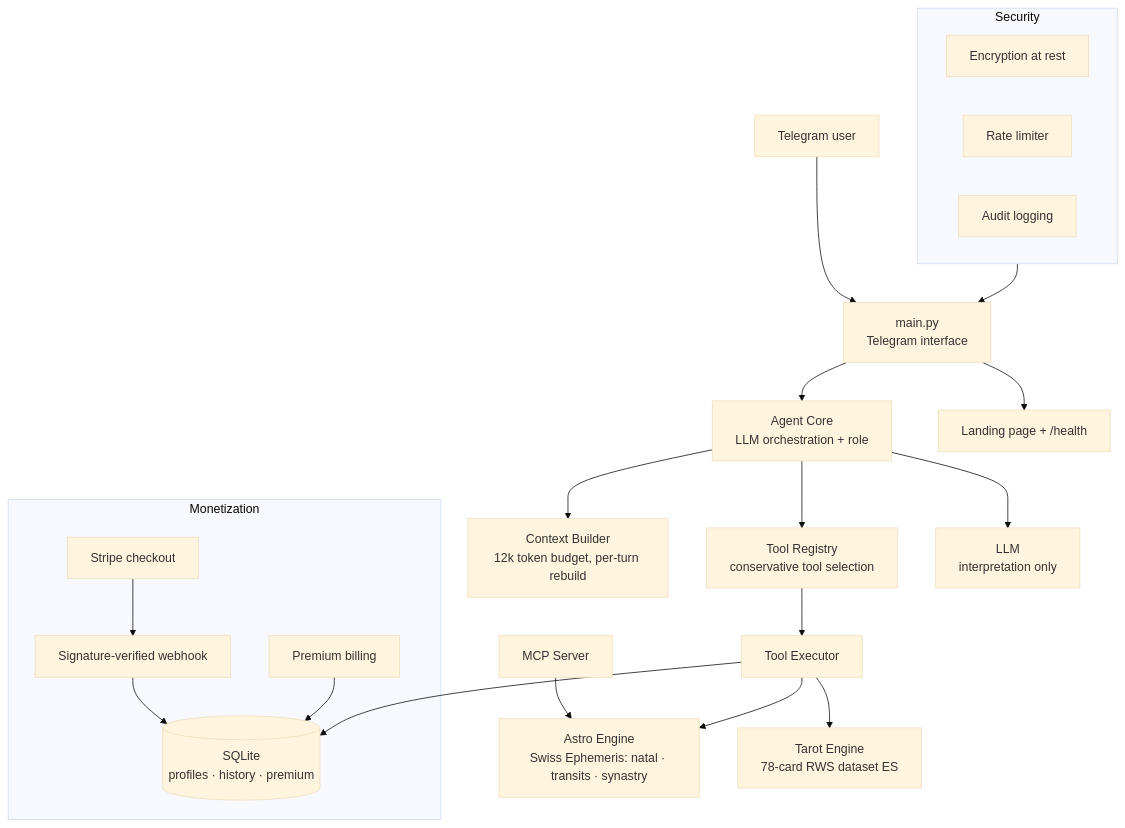
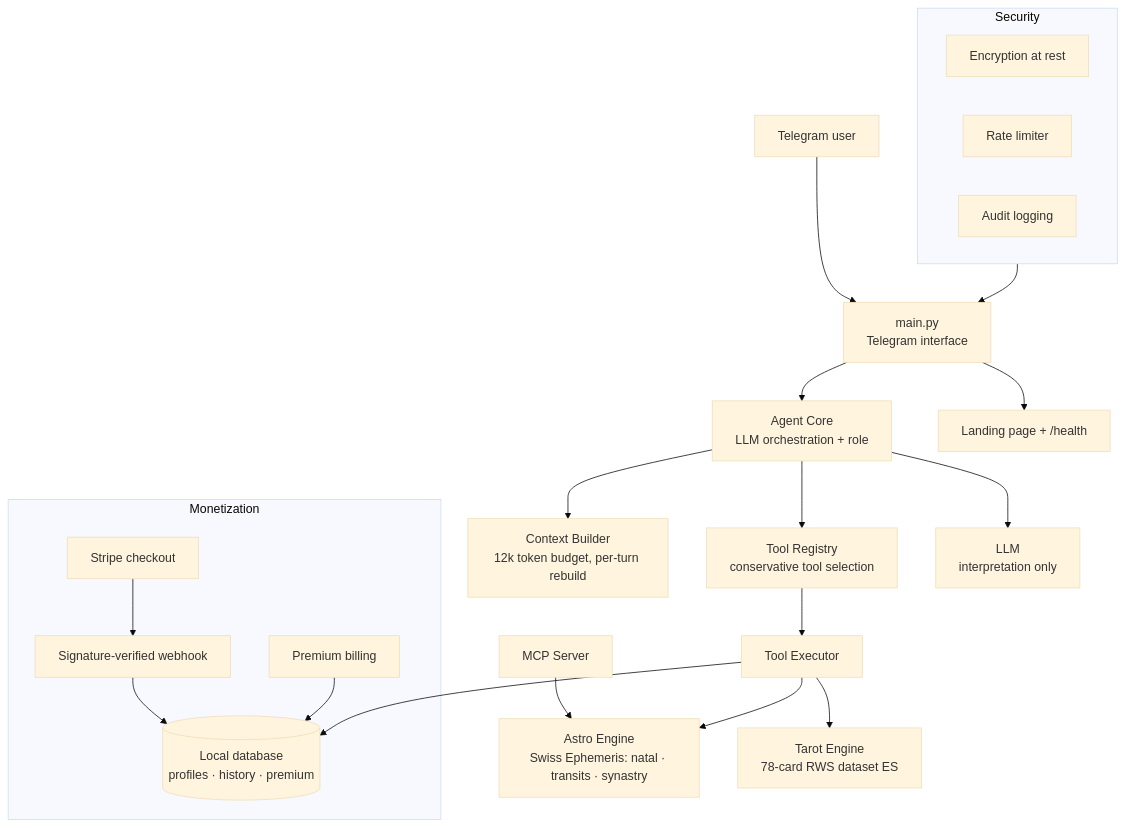
One commit to Juanydeloslagos/orion-showcase changed the diagram in README.md. Above: the diagram before and after it, drawn with Mermaid (base theme). The commit also changed other lines of this file, not shown here.

Commit message:
Remove database technology from showcase

````diff
--- a/README.md
+++ b/README.md
@@ -36,27 +36,27 @@
 ```mermaid
 flowchart TB
     U[Telegram user] --> M[main.py<br/>Telegram interface]
     M --> AC[Agent Core<br/>LLM orchestration + role]
     AC --> CB[Context Builder<br/>12k token budget, per-turn rebuild]
     AC --> TR[Tool Registry<br/>conservative tool selection]
     TR --> TE[Tool Executor]
     TE --> AE[Astro Engine<br/>Swiss Ephemeris: natal · transits · synastry]
     TE --> TA[Tarot Engine<br/>78-card RWS dataset ES]
-    TE --> DB[(SQLite<br/>profiles · history · premium)]
+    TE --> DB[(Local database<br/>profiles · history · premium)]
     AC --> LLM[LLM<br/>interpretation only]
 
     subgraph Monetization
         SB[Stripe checkout] --> WH[Signature-verified webhook] --> DB
         PB[Premium billing] --> DB
     end
 
     subgraph Security
         E[Encryption at rest] 
         RL[Rate limiter]
         AU[Audit logging]
     end
     Security --> M
 
     MCP[MCP Server] --> AE
     M --> W[Landing page + /health]
 ```
````
